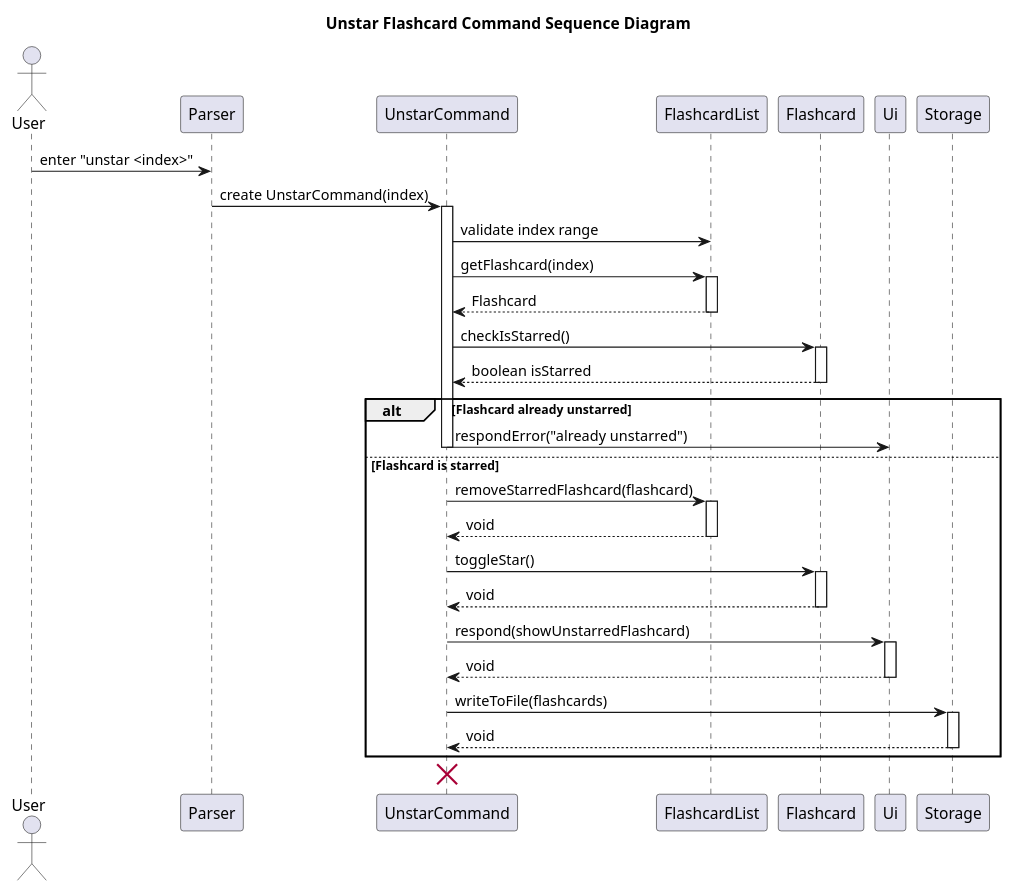
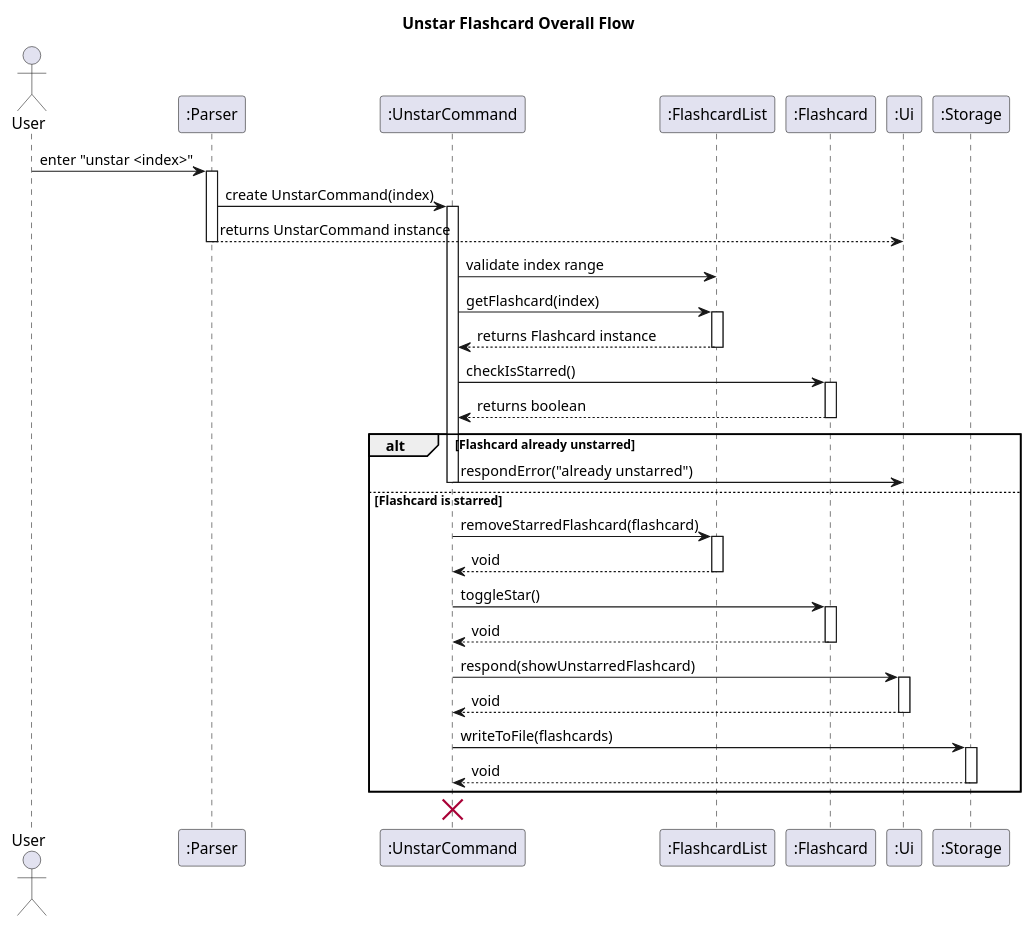
Before and after one commit to ashutoshalung/tp: the diagram in docs/diagrams/UnstarFlashcardFeature_Overall.puml, drawn with PlantUML. The commit also changed 5 other files, not shown here.

Commit message:
Fix star flashcard feature

```diff
--- a/docs/diagrams/UnstarFlashcardFeature_Overall.puml
+++ b/docs/diagrams/UnstarFlashcardFeature_Overall.puml
@@ -1,54 +1,58 @@
 @startuml
-title Unstar Flashcard Command Sequence Diagram
+title Unstar Flashcard Overall Flow
 
 actor User
-participant Parser
-participant UnstarCommand
-participant FlashcardList
-participant Flashcard
-participant Ui
-participant Storage
+participant ":Parser" as parser
+participant ":UnstarCommand" as unstarCommand
+participant ":FlashcardList" as flashcardList
+participant ":Flashcard" as flashcard
+participant ":Ui" as ui
+participant ":Storage" as storage
 
-User -> Parser : enter "unstar <index>"
-Parser -> UnstarCommand : create UnstarCommand(index)
+User -> parser : enter "unstar <index>"
+activate parser
+parser -> unstarCommand : create UnstarCommand(index)
+activate unstarCommand
+parser --> ui : returns UnstarCommand instance
+deactivate parser
 
-activate UnstarCommand
-UnstarCommand -> FlashcardList : validate index range
-UnstarCommand -> FlashcardList : getFlashcard(index)
-activate FlashcardList
-FlashcardList --> UnstarCommand : Flashcard
-deactivate FlashcardList
+unstarCommand -> flashcardList : validate index range
+unstarCommand -> flashcardList : getFlashcard(index)
+activate flashcardList
+flashcardList --> unstarCommand : returns Flashcard instance
+deactivate flashcardList
 
-UnstarCommand -> Flashcard : checkIsStarred()
-activate Flashcard
-Flashcard --> UnstarCommand : boolean isStarred
-deactivate Flashcard
+unstarCommand -> flashcard : checkIsStarred()
+activate flashcard
+flashcard --> unstarCommand : returns boolean
+deactivate flashcard
 
 alt Flashcard already unstarred
-    UnstarCommand -> Ui : respondError("already unstarred")
-    deactivate UnstarCommand
+    unstarCommand -> ui : respondError("already unstarred")
+    deactivate unstarCommand
 else Flashcard is starred
-    UnstarCommand -> FlashcardList : removeStarredFlashcard(flashcard)
-    activate FlashcardList
-    FlashcardList --> UnstarCommand : void
-    deactivate FlashcardList
+    unstarCommand -> flashcardList : removeStarredFlashcard(flashcard)
+    activate flashcardList
+    flashcardList --> unstarCommand : void
+    deactivate flashcardList
 
-    UnstarCommand -> Flashcard : toggleStar()
-    activate Flashcard
-    Flashcard --> UnstarCommand : void
-    deactivate Flashcard
+    unstarCommand -> flashcard : toggleStar()
+    activate flashcard
+    flashcard --> unstarCommand : void
+    deactivate flashcard
 
-    UnstarCommand -> Ui : respond(showUnstarredFlashcard)
-    activate Ui
-    Ui --> UnstarCommand : void
-    deactivate Ui
+    unstarCommand -> ui : respond(showUnstarredFlashcard)
+    activate ui
+    ui --> unstarCommand : void
+    deactivate ui
 
-    UnstarCommand -> Storage : writeToFile(flashcards)
-    activate Storage
-    Storage --> UnstarCommand : void
-    deactivate Storage
+    unstarCommand -> storage : writeToFile(flashcards)
+    activate storage
+    storage --> unstarCommand : void
+    deactivate storage
 end
 
-destroy UnstarCommand
+' --- Object cleanup phase ---
+destroy unstarCommand
 
 @enduml
```
